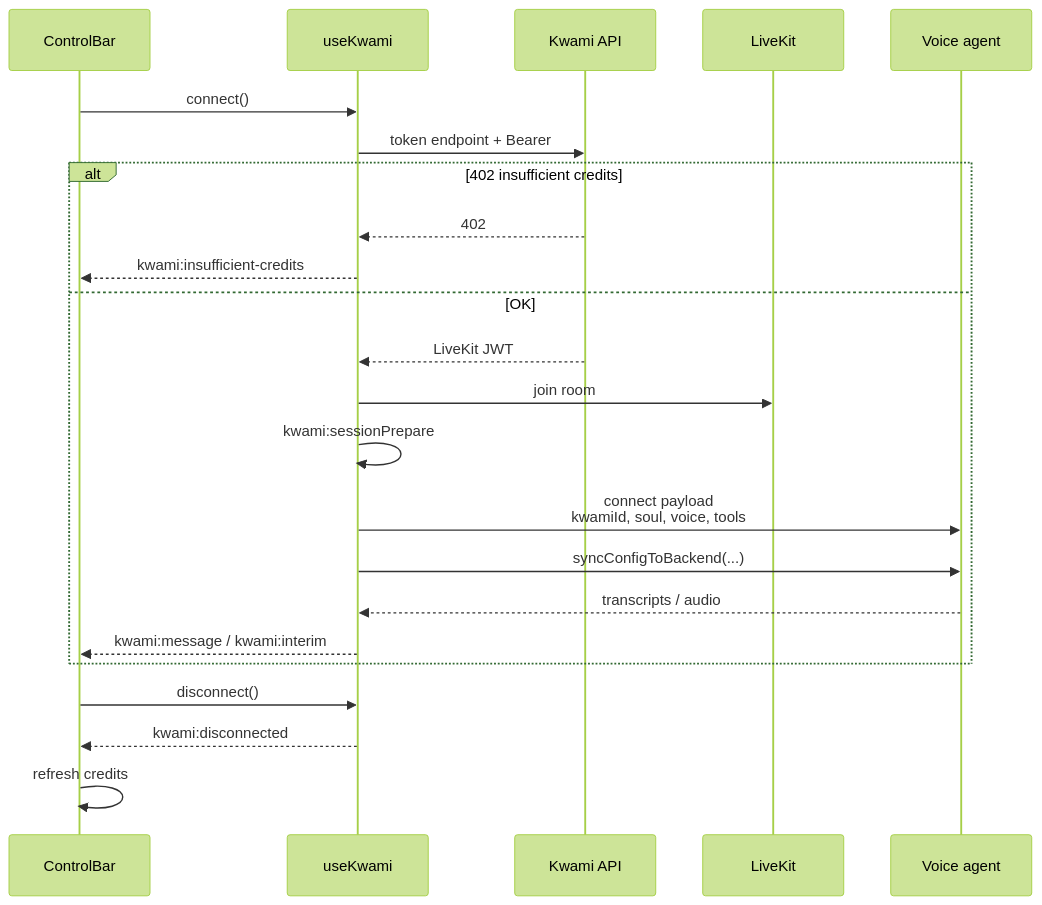
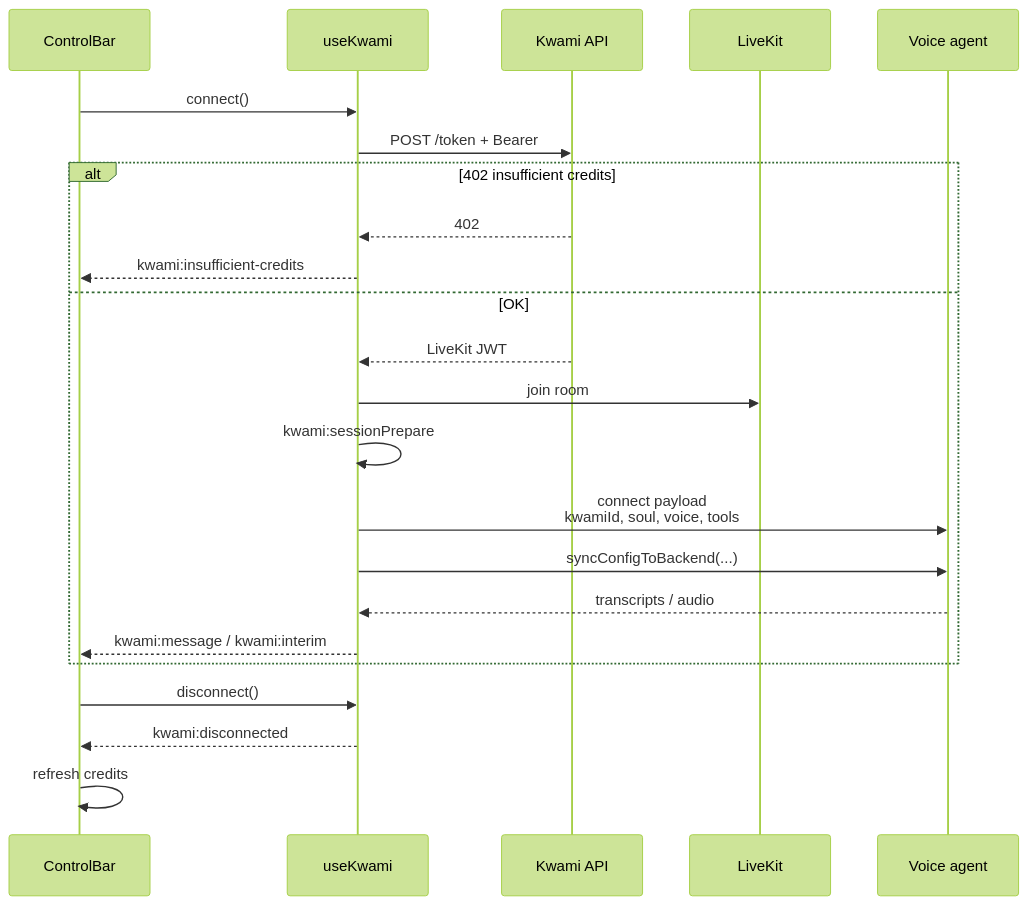
The third of 4 diagrams in docs/architecture/data-flow.md (kwami-labs/kwami-app), drawn with Mermaid (forest theme) before and after one commit. The commit also changed other lines of this file and 7 other files, not shown here.

Commit message:
docs: refresh architecture, credits, voice, and changelog notes

````diff
--- a/docs/architecture/data-flow.md
+++ b/docs/architecture/data-flow.md
@@ -62,26 +62,26 @@
 ```mermaid
 sequenceDiagram
   participant UI as ControlBar
   participant K as useKwami
   participant API as Kwami API
   participant LK as LiveKit
   participant Agent as Voice agent
 
   UI->>K: connect()
-  K->>API: token endpoint + Bearer
+  K->>API: POST /token + Bearer
   alt 402 insufficient credits
     API-->>K: 402
     K-->>UI: kwami:insufficient-credits
   else OK
     API-->>K: LiveKit JWT
     K->>LK: join room
     K->>K: kwami:sessionPrepare
     K->>Agent: connect payload<br/>kwamiId, soul, voice, tools
     K->>Agent: syncConfigToBackend(...)
     Agent-->>K: transcripts / audio
     K-->>UI: kwami:message / kwami:interim
   end
   UI->>K: disconnect()
   K-->>UI: kwami:disconnected
   UI->>UI: refresh credits
 ```
````
